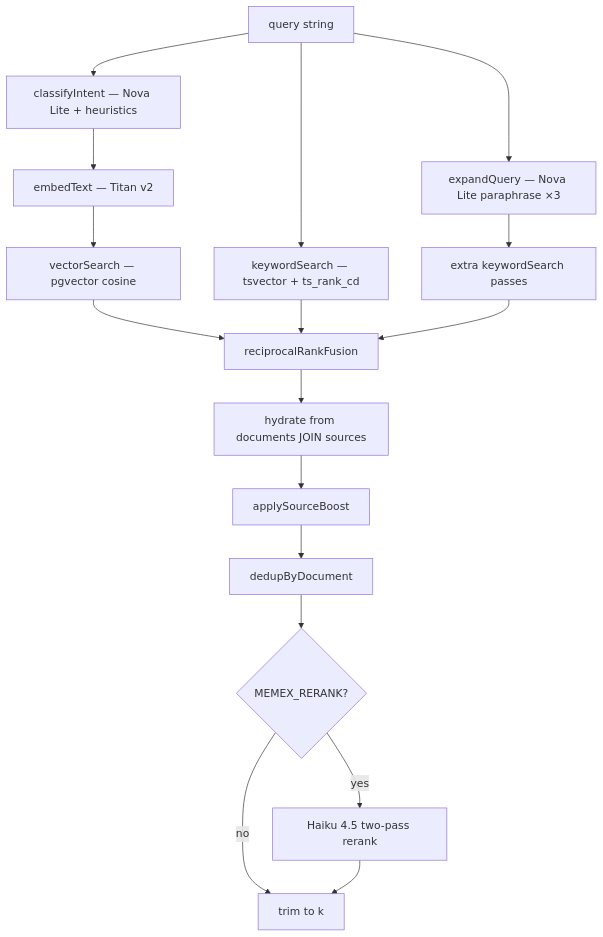
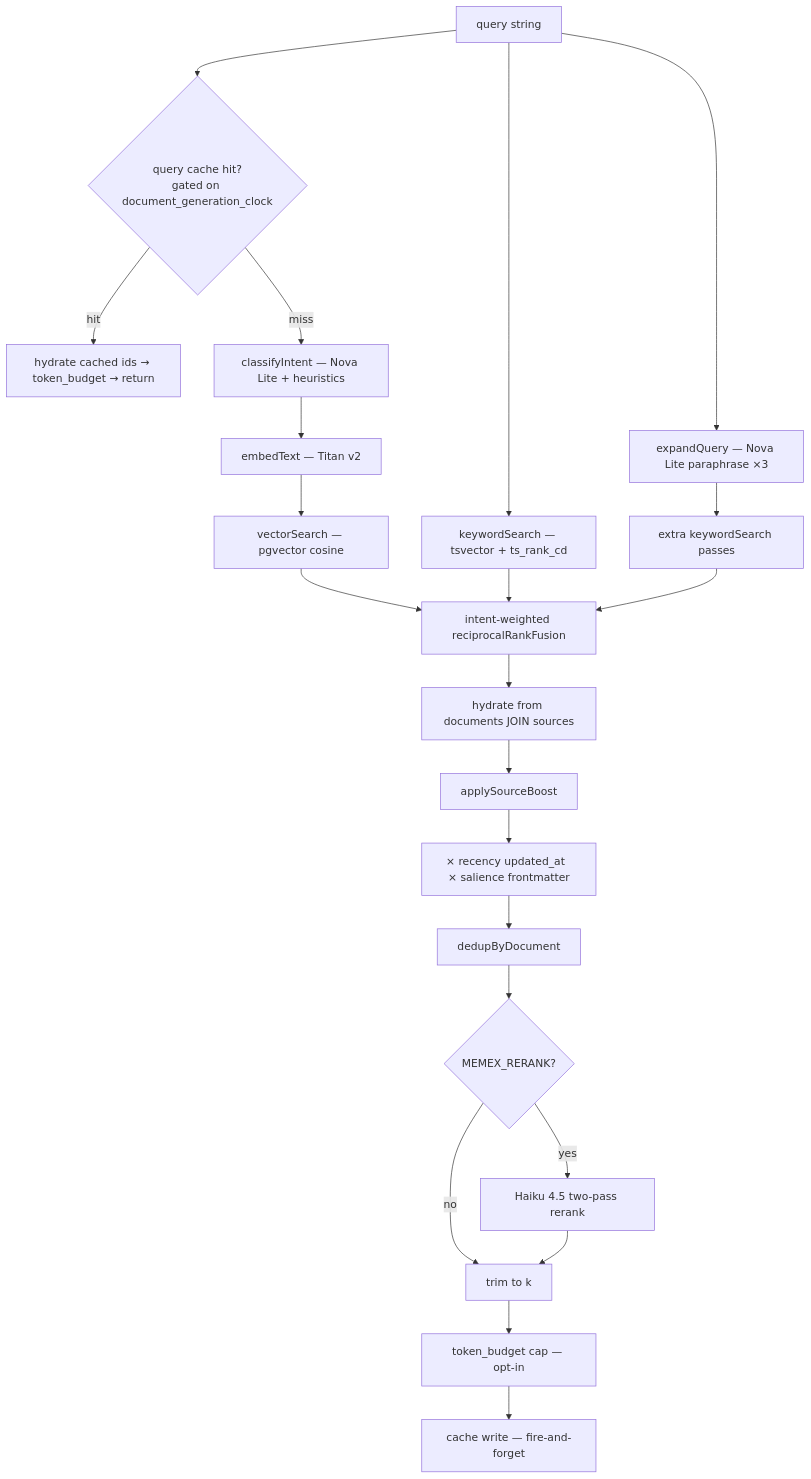
Before and after one commit to timurgaleev/memex: the second of 2 diagrams in deploy/memex/docs/ARCHITECTURE.md, drawn with Mermaid. The commit also changed other lines of this file, not shown here.

First line of the commit message:
docs(memex): document the v1.3.0 retrieval pipeline

````diff
--- a/deploy/memex/docs/ARCHITECTURE.md
+++ b/deploy/memex/docs/ARCHITECTURE.md
@@ -132,19 +133,24 @@
 ```mermaid
 flowchart TD
-  Q[query string] --> I[classifyIntent — Nova Lite + heuristics]
+  Q[query string] --> C{query cache hit?\ngated on document_generation_clock}
+  C -->|hit| OUT[hydrate cached ids → token_budget → return]
+  C -->|miss| I[classifyIntent — Nova Lite + heuristics]
   I --> E[embedText — Titan v2]
   E --> V[vectorSearch — pgvector cosine]
   Q --> K[keywordSearch — tsvector + ts_rank_cd]
   Q --> X[expandQuery — Nova Lite paraphrase ×3]
   X --> K2[extra keywordSearch passes]
-  V --> R[reciprocalRankFusion]
+  V --> R[intent-weighted reciprocalRankFusion]
   K --> R
   K2 --> R
   R --> H[hydrate from documents JOIN sources]
   H --> B[applySourceBoost]
-  B --> D[dedupByDocument]
+  B --> RS[× recency updated_at  × salience frontmatter]
+  RS --> D[dedupByDocument]
   D --> RR{MEMEX_RERANK?}
   RR -->|yes| TP[Haiku 4.5 two-pass rerank]
-  RR -->|no| OUT[trim to k]
-  TP --> OUT
+  RR -->|no| TK[trim to k]
+  TP --> TK
+  TK --> TB[token_budget cap — opt-in]
+  TB --> W[cache write — fire-and-forget]
 ```
````
